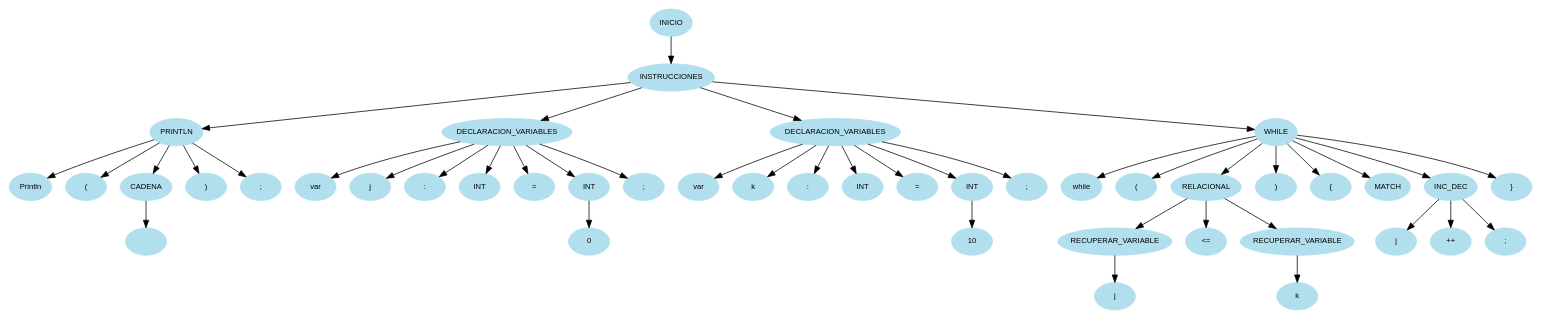
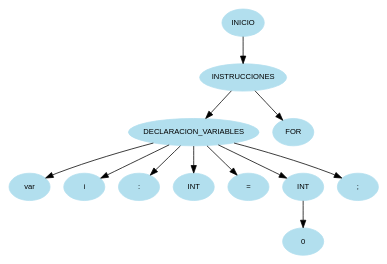
One commit to MMP119/OLC1_JavaCraft changed the diagram in Fase_1/Reports/arbolAST.dot. Above: the diagram before and after it, drawn with Graphviz. The commit also changed 9 other files, not shown here.

```diff
--- a/Fase_1/Reports/arbolAST.dot
+++ b/Fase_1/Reports/arbolAST.dot
@@ -1,91 +1,27 @@
 digraph arbolAST{
 node [shape=oval, style=filled, color=lightblue2, fontname=Helvetica, fontsize=10];
 edge [fontname=Helvetica, fontsize=10];
 n0[label="INICIO"];
 n1[label="INSTRUCCIONES"];
 n0 -> n1;
-n2[label="PRINTLN"];
+n2[label="DECLARACION_VARIABLES"];
 n1 -> n2;
-n3[label="Println"];
+n3[label="var"];
 n2 -> n3;
-n4[label="("];
+n4[label="i"];
 n2 -> n4;
-n5[label="CADENA"];
+n5[label=":"];
 n2 -> n5;
-n6[label=""];
-n5 -> n6;
-n7[label=")"];
+n6[label="INT"];
+n2 -> n6;
+n7[label="="];
 n2 -> n7;
-n8[label=";"];
+n8[label="INT"];
 n2 -> n8;
-n9[label="DECLARACION_VARIABLES"];
-n1 -> n9;
-n10[label="var"];
-n9 -> n10;
-n11[label="j"];
-n9 -> n11;
-n12[label=":"];
-n9 -> n12;
-n13[label="INT"];
-n9 -> n13;
-n14[label="="];
-n9 -> n14;
-n15[label="INT"];
-n9 -> n15;
-n16[label="0"];
-n15 -> n16;
-n17[label=";"];
-n9 -> n17;
-n18[label="DECLARACION_VARIABLES"];
-n1 -> n18;
-n19[label="var"];
-n18 -> n19;
-n20[label="k"];
-n18 -> n20;
-n21[label=":"];
-n18 -> n21;
-n22[label="INT"];
-n18 -> n22;
-n23[label="="];
-n18 -> n23;
-n24[label="INT"];
-n18 -> n24;
-n25[label="10"];
-n24 -> n25;
-n26[label=";"];
-n18 -> n26;
-n27[label="WHILE"];
-n1 -> n27;
-n28[label="while"];
-n27 -> n28;
-n29[label="("];
-n27 -> n29;
-n30[label="RELACIONAL"];
-n27 -> n30;
-n31[label="RECUPERAR_VARIABLE"];
-n30 -> n31;
-n32[label="j"];
-n31 -> n32;
-n33[label="<="];
-n30 -> n33;
-n34[label="RECUPERAR_VARIABLE"];
-n30 -> n34;
-n35[label="k"];
-n34 -> n35;
-n36[label=")"];
-n27 -> n36;
-n37[label="{"];
-n27 -> n37;
-n38[label="MATCH"];
-n27 -> n38;
-n39[label="INC_DEC"];
-n27 -> n39;
-n40[label="j"];
-n39 -> n40;
-n41[label="++"];
-n39 -> n41;
-n42[label=";"];
-n39 -> n42;
-n43[label="}"];
-n27 -> n43;
+n9[label="0"];
+n8 -> n9;
+n10[label=";"];
+n2 -> n10;
+n11[label="FOR"];
+n1 -> n11;
 }
```
